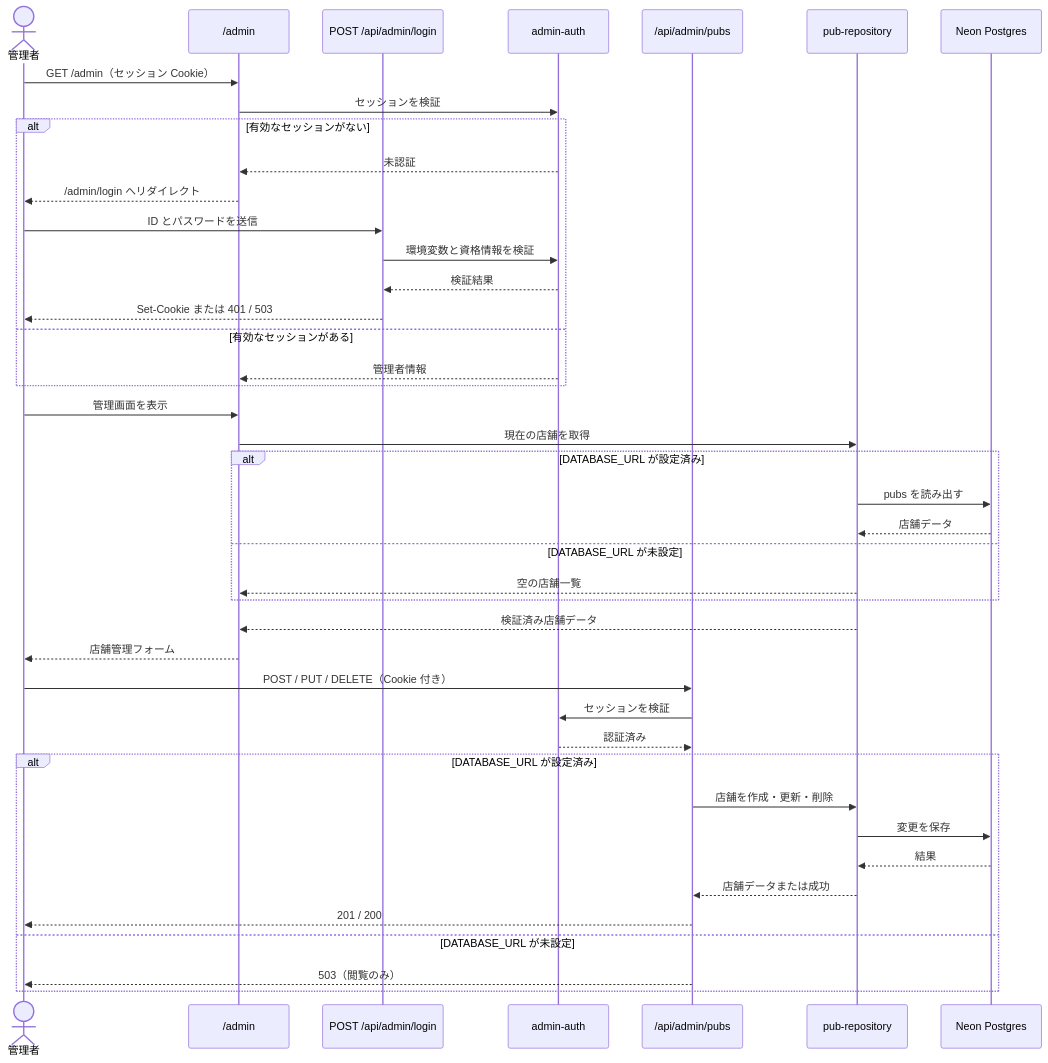
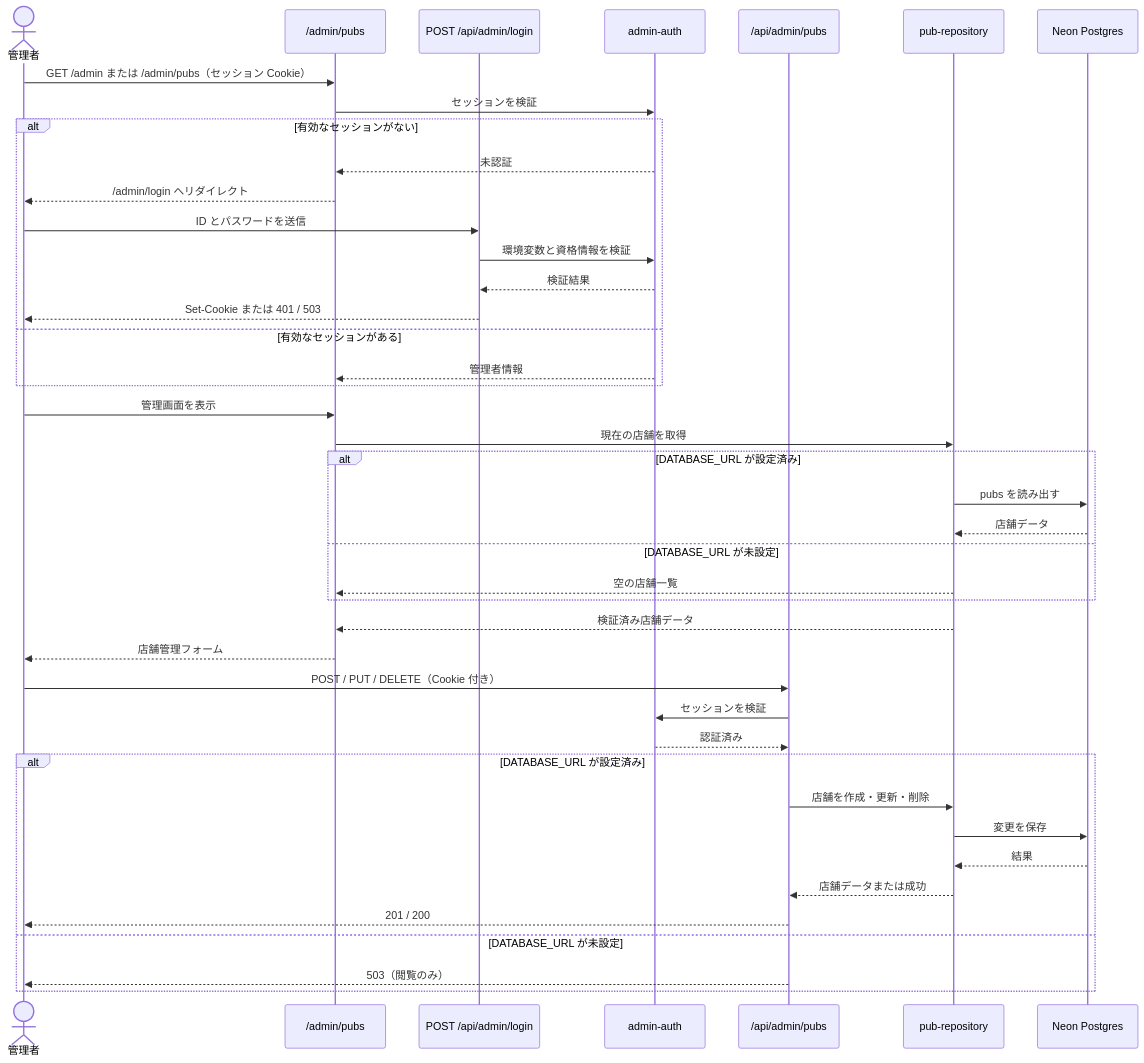
Before and after one commit to yusukefr/irishpub-map: the second of 3 diagrams in docs/architecture/sequences.md, drawn with Mermaid. The commit also changed other lines of this file and 42 other files, not shown here.

````diff
--- a/docs/architecture/sequences.md
+++ b/docs/architecture/sequences.md
@@ -39,47 +39,47 @@
 ```mermaid
 sequenceDiagram
   actor Admin as 管理者
-  participant AdminPage as /admin
+  participant AdminPage as /admin/pubs
   participant Login as POST /api/admin/login
   participant Auth as admin-auth
   participant AdminAPI as /api/admin/pubs
   participant Repository as pub-repository
   participant Neon as Neon Postgres
 
-  Admin->>AdminPage: GET /admin（セッション Cookie）
+  Admin->>AdminPage: GET /admin または /admin/pubs（セッション Cookie）
   AdminPage->>Auth: セッションを検証
   alt 有効なセッションがない
     Auth-->>AdminPage: 未認証
     AdminPage-->>Admin: /admin/login へリダイレクト
     Admin->>Login: ID とパスワードを送信
     Login->>Auth: 環境変数と資格情報を検証
     Auth-->>Login: 検証結果
     Login-->>Admin: Set-Cookie または 401 / 503
   else 有効なセッションがある
     Auth-->>AdminPage: 管理者情報
   end
 
   Admin->>AdminPage: 管理画面を表示
   AdminPage->>Repository: 現在の店舗を取得
   alt DATABASE_URL が設定済み
     Repository->>Neon: pubs を読み出す
     Neon-->>Repository: 店舗データ
   else DATABASE_URL が未設定
     Repository-->>AdminPage: 空の店舗一覧
   end
   Repository-->>AdminPage: 検証済み店舗データ
   AdminPage-->>Admin: 店舗管理フォーム
 
   Admin->>AdminAPI: POST / PUT / DELETE（Cookie 付き）
   AdminAPI->>Auth: セッションを検証
   Auth-->>AdminAPI: 認証済み
   alt DATABASE_URL が設定済み
     AdminAPI->>Repository: 店舗を作成・更新・削除
     Repository->>Neon: 変更を保存
     Neon-->>Repository: 結果
     Repository-->>AdminAPI: 店舗データまたは成功
     AdminAPI-->>Admin: 201 / 200
   else DATABASE_URL が未設定
     AdminAPI-->>Admin: 503（閲覧のみ）
   end
 ```
````
